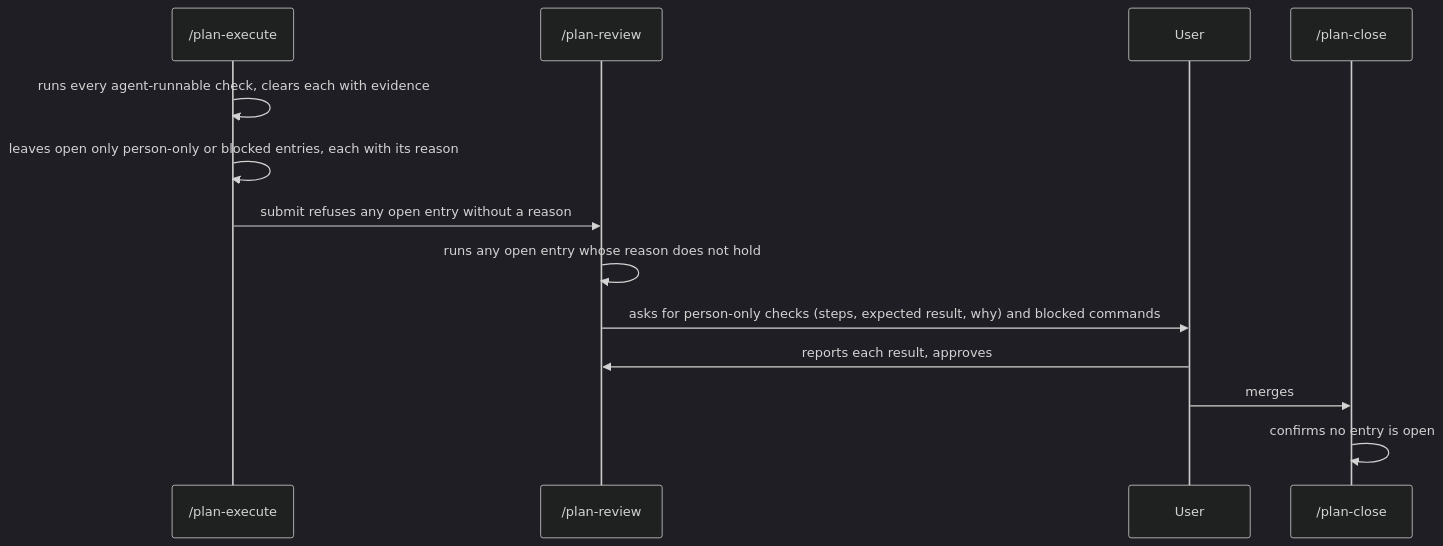
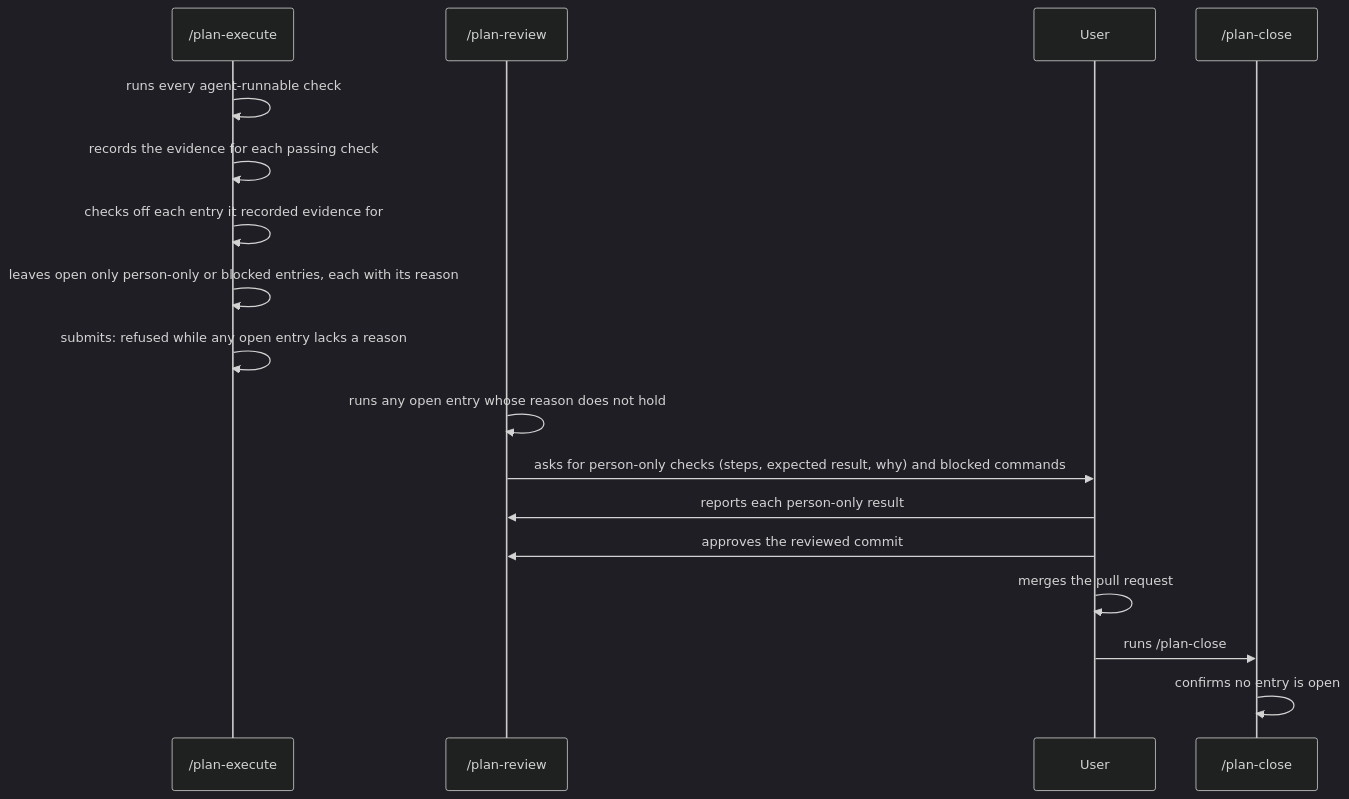
One commit to kirinmurphy/roborepo-alpha changed the second of 2 diagrams in plans/backlog/plans-agents-run-checks-before-handoff.md. Above: the diagram before and after it, drawn with Mermaid (dark theme). The commit also changed other lines of this file, not shown here.

Commit message:
Update plan plans-agents-run-checks-before-handoff

````diff
--- a/plans/backlog/plans-agents-run-checks-before-handoff.md
+++ b/plans/backlog/plans-agents-run-checks-before-handoff.md
@@ -135,15 +141,19 @@
 ```mermaid
 sequenceDiagram
   participant E as /plan-execute
   participant R as /plan-review
   participant U as User
   participant C as /plan-close
-  E->>E: runs every agent-runnable check, clears each with evidence
+  E->>E: runs every agent-runnable check
+  E->>E: records the evidence for each passing check
+  E->>E: checks off each entry it recorded evidence for
   E->>E: leaves open only person-only or blocked entries, each with its reason
-  E->>R: submit refuses any open entry without a reason
+  E->>E: submits: refused while any open entry lacks a reason
   R->>R: runs any open entry whose reason does not hold
   R->>U: asks for person-only checks (steps, expected result, why) and blocked commands
-  U->>R: reports each result, approves
-  U->>C: merges
+  U->>R: reports each person-only result
+  U->>R: approves the reviewed commit
+  U->>U: merges the pull request
+  U->>C: runs /plan-close
   C->>C: confirms no entry is open
 ```
````
